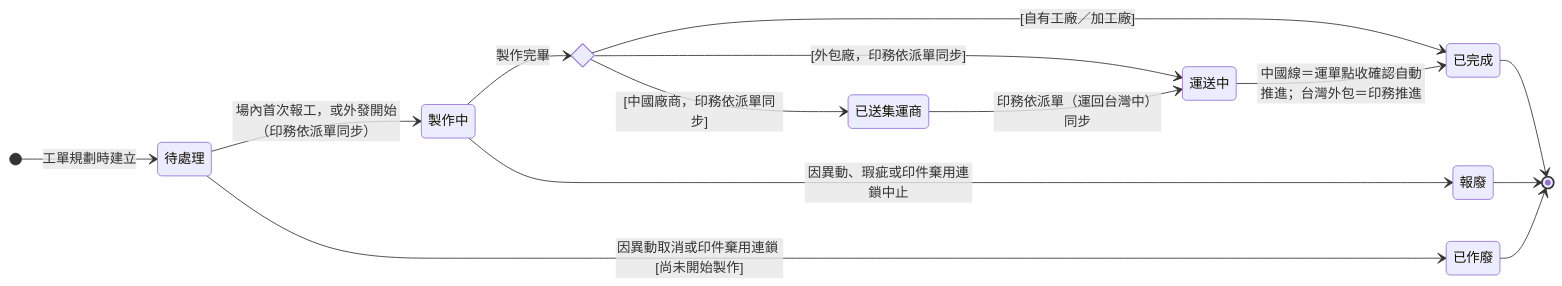
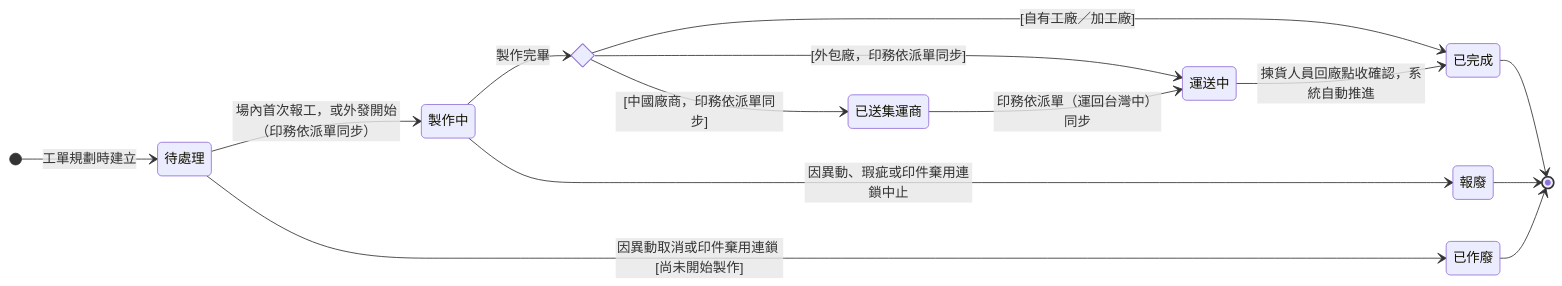
One commit to Kawato-Miles/erp-spec changed the diagram in memory/Sens_wiki/wiki/erp/06-state-machines/生產任務狀態.md. Above: the diagram before and after it, drawn with Mermaid. The commit also changed other lines of this file and 5 other files, not shown here.

````diff
--- a/memory/Sens_wiki/wiki/erp/06-state-machines/生產任務狀態.md
+++ b/memory/Sens_wiki/wiki/erp/06-state-machines/生產任務狀態.md
@@ -54,30 +54,30 @@
 ```mermaid
 stateDiagram-v2
     direction LR
 
     [*] --> s_pending : 工單規劃時建立
 
     state "待處理" as s_pending
     state "製作中" as s_making
     state "已送集運商" as s_consolidator
     state "運送中" as s_shipping
     state "已完成" as s_done
     state "已作廢" as s_void
     state "報廢" as s_scrap
     state route <<choice>>
 
     s_pending --> s_making : 場內首次報工，或外發開始（印務依派單同步）
     s_making --> route : 製作完畢
     route --> s_done : [自有工廠／加工廠]
     route --> s_shipping : [外包廠，印務依派單同步]
     route --> s_consolidator : [中國廠商，印務依派單同步]
     s_consolidator --> s_shipping : 印務依派單（運回台灣中）同步
-    s_shipping --> s_done : 中國線＝運單點收確認自動推進；台灣外包＝印務推進
+    s_shipping --> s_done : 揀貨人員回廠點收確認，系統自動推進
 
     s_pending --> s_void : 因異動取消或印件棄用連鎖 [尚未開始製作]
     s_making --> s_scrap : 因異動、瑕疵或印件棄用連鎖中止
 
     s_done --> [*]
     s_void --> [*]
     s_scrap --> [*]
 ```
````
